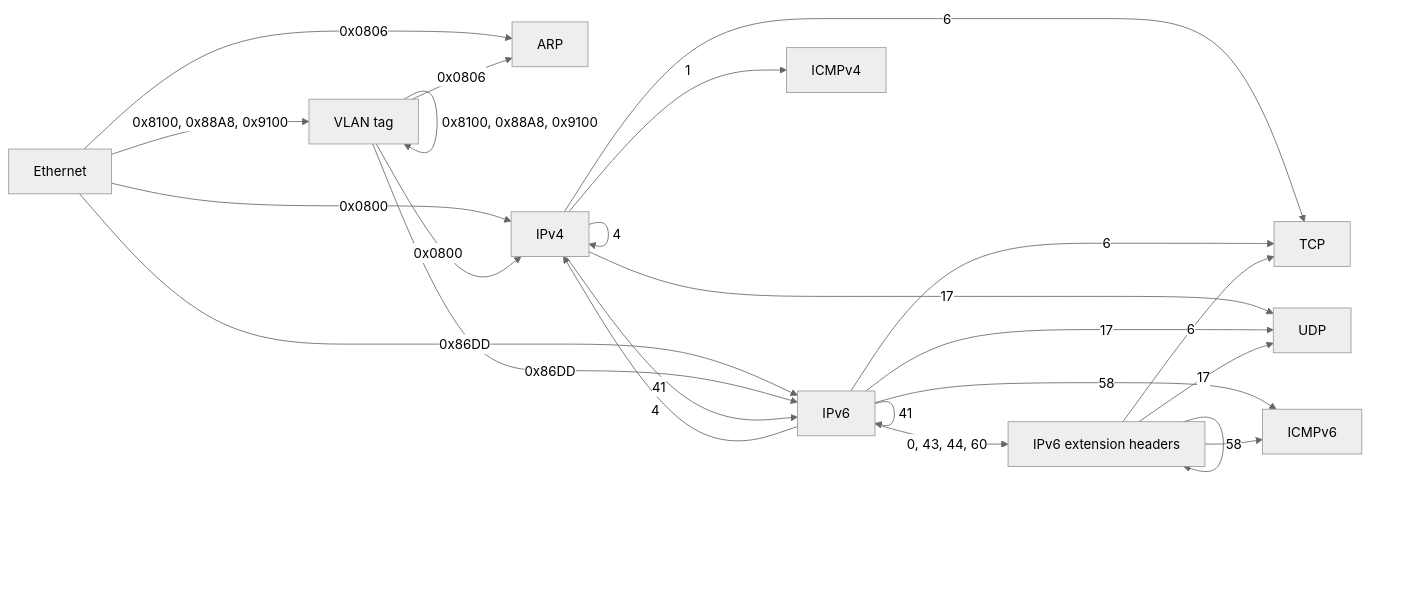
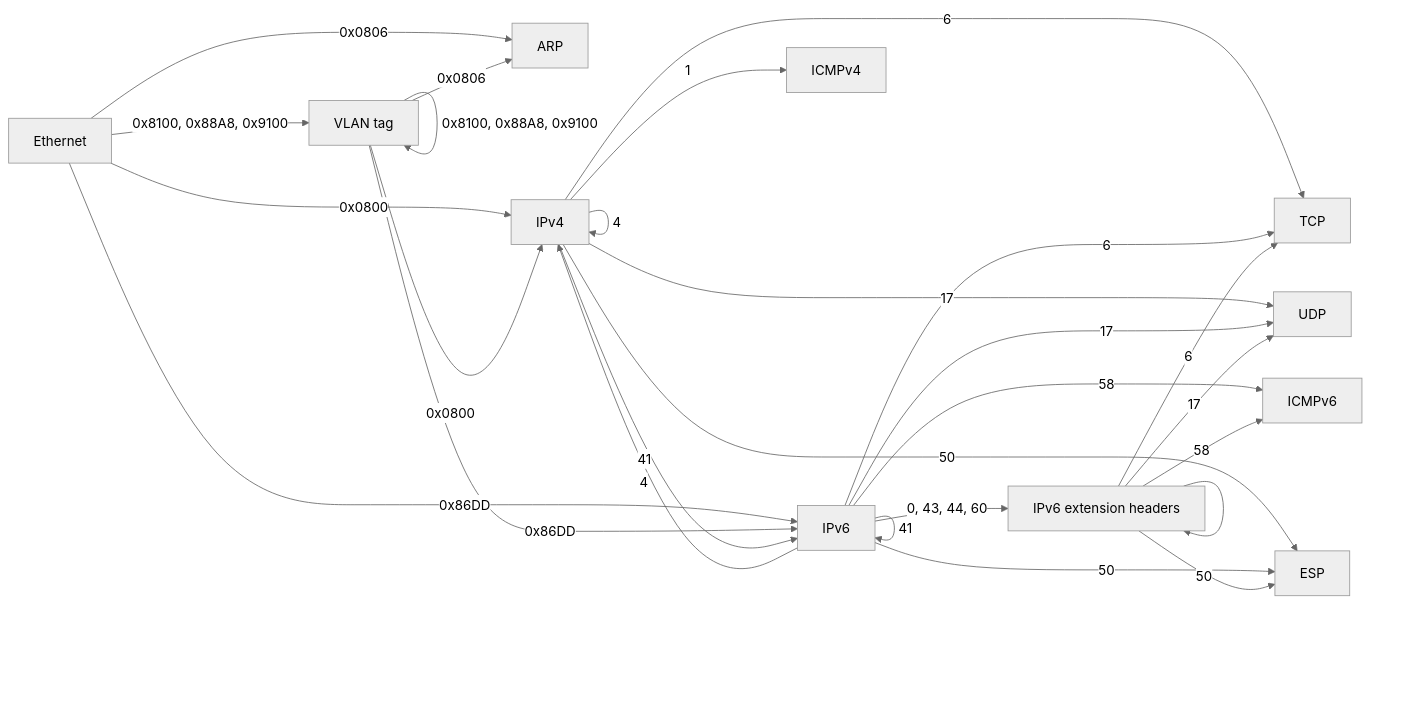
The diagram in ARCHITECTURE.md (EONRaider/NETProtocols), drawn with Mermaid (neutral theme) before and after one commit. The commit also changed other lines of this file and 24 other files, not shown here.

````diff
--- a/ARCHITECTURE.md
+++ b/ARCHITECTURE.md
@@ -225,26 +226,29 @@
 ```mermaid
 flowchart LR
   E[Ethernet] -->|0x0806| A[ARP]
   E -->|0x0800| I4[IPv4]
   E -->|0x86DD| I6[IPv6]
   E -->|0x8100, 0x88A8, 0x9100| V[VLAN tag]
   V -->|0x8100, 0x88A8, 0x9100| V
   V -->|0x0806| A
   V -->|0x0800| I4
   V -->|0x86DD| I6
   I4 -->|1| IC4[ICMPv4]
   I4 -->|6| T[TCP]
   I4 -->|17| U[UDP]
   I6 -->|58| IC6[ICMPv6]
   I6 -->|6| T
   I6 -->|17| U
   I4 -->|4| I4
   I4 -->|41| I6
   I6 -->|4| I4
   I6 -->|41| I6
+  I4 -->|50| ESP[ESP]
+  I6 -->|50| ESP
   I6 -->|0, 43, 44, 60| X[IPv6 extension headers]
   X --> X
   X -->|58| IC6
   X -->|6| T
   X -->|17| U
+  X -->|50| ESP
 ```
````
